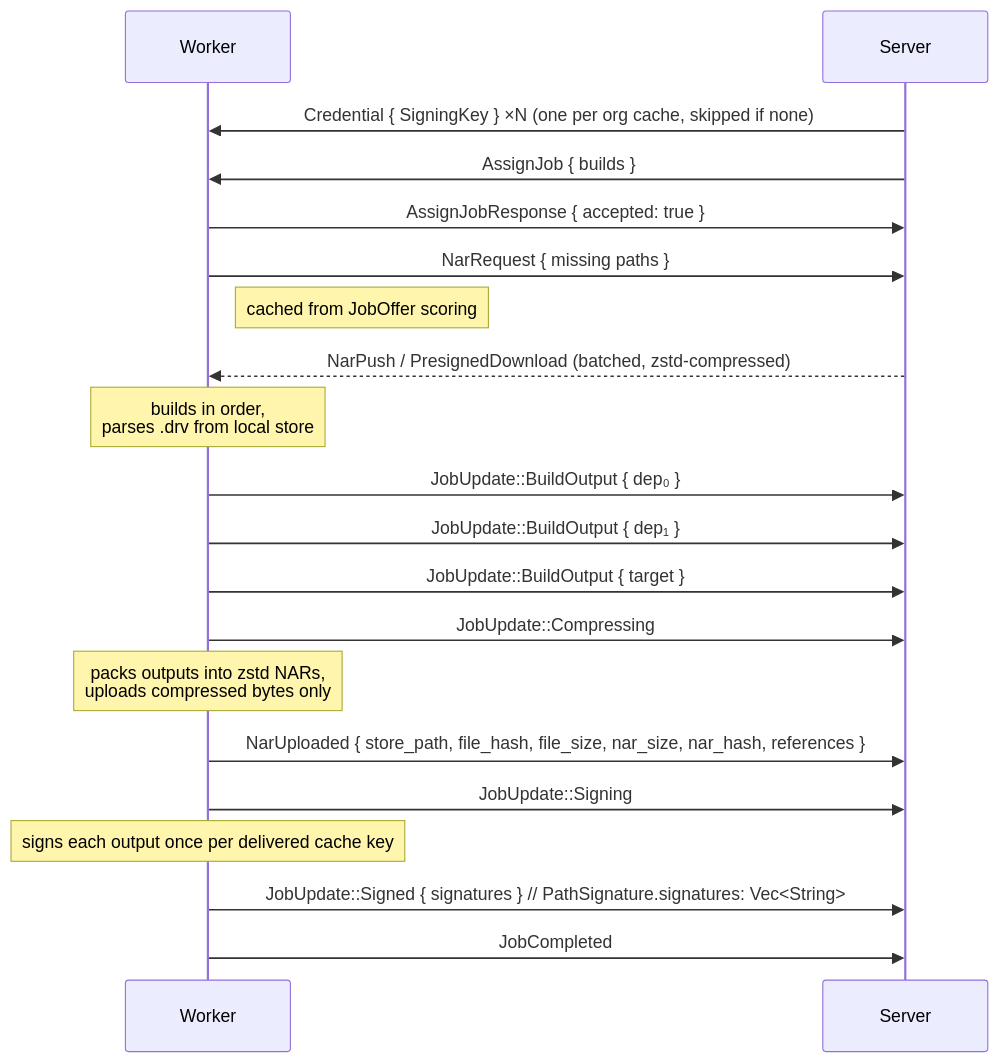
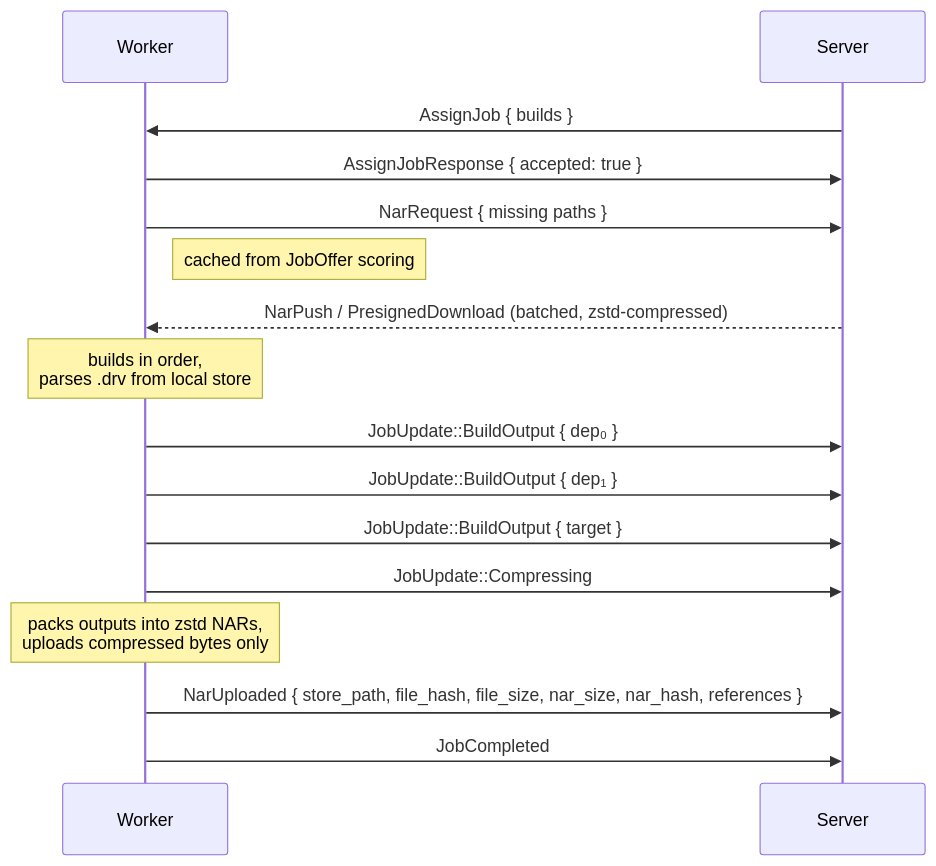
One commit to wavelens/gradient changed diagram 16 of 25 in docs/src/development/proto.md. Above: the diagram before and after it, drawn with Mermaid. The commit also changed other lines of this file and 36 other files, not shown here.

````diff
--- a/docs/src/development/proto.md
+++ b/docs/src/development/proto.md
@@ -741,23 +716,19 @@
 ```mermaid
 sequenceDiagram
     participant W as Worker
     participant S as Server
 
-    S->>W: Credential { SigningKey } ×N (one per org cache, skipped if none)
     S->>W: AssignJob { builds }
     W->>S: AssignJobResponse { accepted: true }
     W->>S: NarRequest { missing paths }
     Note right of W: cached from JobOffer scoring
     S-->>W: NarPush / PresignedDownload (batched, zstd-compressed)
     Note over W: builds in order,<br/>parses .drv from local store
     W->>S: JobUpdate::BuildOutput { dep₀ }
     W->>S: JobUpdate::BuildOutput { dep₁ }
     W->>S: JobUpdate::BuildOutput { target }
     W->>S: JobUpdate::Compressing
     Note over W: packs outputs into zstd NARs,<br/>uploads compressed bytes only
     W->>S: NarUploaded { store_path, file_hash, file_size, nar_size, nar_hash, references }
-    W->>S: JobUpdate::Signing
-    Note over W: signs each output once per delivered cache key
-    W->>S: JobUpdate::Signed { signatures }  // PathSignature.signatures: Vec<String>
     W->>S: JobCompleted
 ```
````
